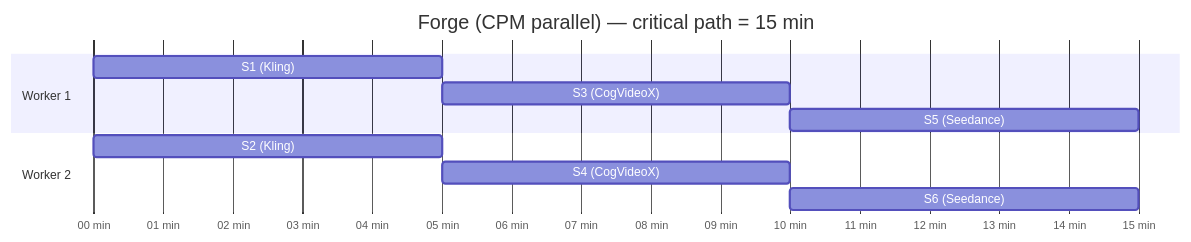
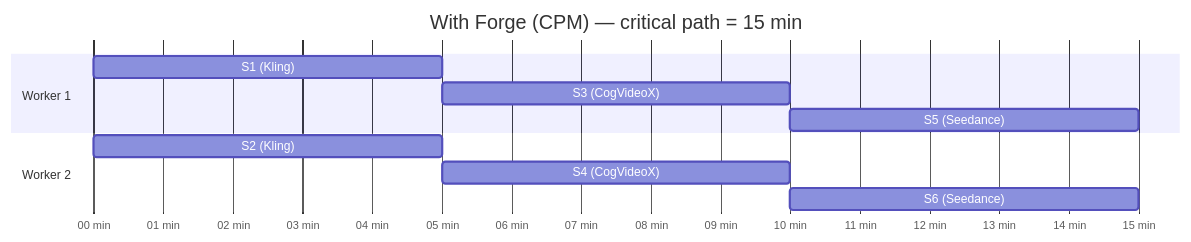
The second of 3 diagrams in README.md (F-R-L/forge-film), drawn with Mermaid before and after one commit. The commit also changed other lines of this file, not shown here.

````diff
--- a/README.md
+++ b/README.md
@@ -58,14 +54,14 @@
 ```mermaid
 gantt
-    title Forge (CPM parallel) — critical path = 15 min
+    title With Forge (CPM) — critical path = 15 min
     dateFormat mm
     axisFormat %M min
     section Worker 1
-    S1 (Kling)       :s1, 00, 5m
-    S3 (CogVideoX)   :s3, after s1, 5m
-    S5 (Seedance)    :s5, after s3, 5m
+    S1 (Kling)     :s1, 00, 5m
+    S3 (CogVideoX) :s3, after s1, 5m
+    S5 (Seedance)  :s5, after s3, 5m
     section Worker 2
-    S2 (Kling)       :s2, 00, 5m
-    S4 (CogVideoX)   :s4, after s2, 5m
-    S6 (Seedance)    :s6, after s4, 5m
+    S2 (Kling)     :s2, 00, 5m
+    S4 (CogVideoX) :s4, after s2, 5m
+    S6 (Seedance)  :s6, after s4, 5m
 ```
````
